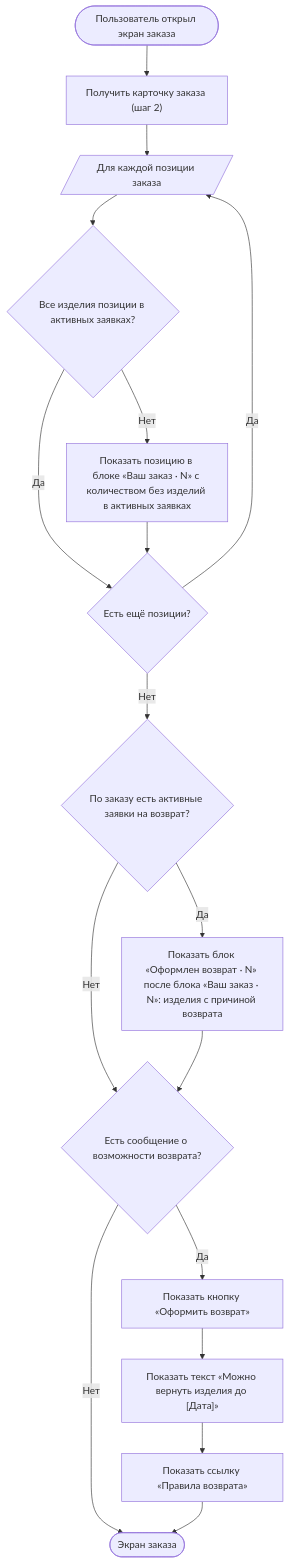
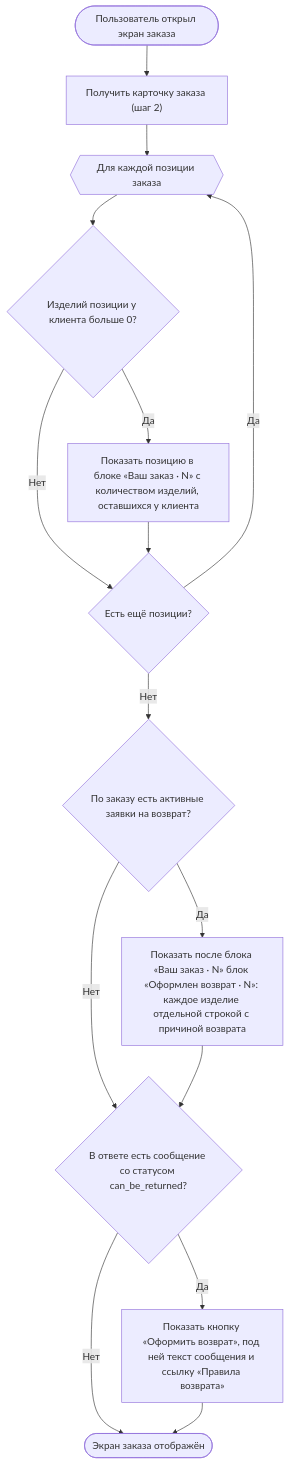
The second of 24 diagrams in projects/returns-2.0/requirements/srs/srs-mobile-mvp.md (Terinss155/opencode-agents-analysis), drawn with Mermaid before and after one commit. The commit also changed other lines of this file and 12 other files, not shown here.

````diff
--- a/projects/returns-2.0/requirements/srs/srs-mobile-mvp.md
+++ b/projects/returns-2.0/requirements/srs/srs-mobile-mvp.md
@@ -127,19 +136,17 @@
 ```mermaid
 flowchart TD
     S([Пользователь открыл экран заказа]) --> A["Получить карточку заказа (шаг 2)"]
-    A --> P[/"Для каждой позиции заказа"/]
-    P --> B{"Все изделия позиции в активных заявках?"}
-    B -->|Нет| C["Показать позицию в блоке «Ваш заказ · N» с количеством без изделий в активных заявках"]
-    B -->|Да| N
+    A --> P{{"Для каждой позиции заказа"}}
+    P --> B{"Изделий позиции у клиента больше 0?"}
+    B -->|Да| C["Показать позицию в блоке «Ваш заказ · N» с количеством изделий, оставшихся у клиента"]
+    B -->|Нет| N
     C --> N{"Есть ещё позиции?"}
     N -->|Да| P
     N -->|Нет| O{"По заказу есть активные заявки на возврат?"}
-    O -->|Да| O1["Показать блок «Оформлен возврат · N» после блока «Ваш заказ · N»: изделия с причиной возврата"]
+    O -->|Да| O1["Показать после блока «Ваш заказ · N» блок «Оформлен возврат · N»: каждое изделие отдельной строкой с причиной возврата"]
     O -->|Нет| K
-    O1 --> K{"Есть сообщение о возможности возврата?"}
-    K -->|Да| Y["Показать кнопку «Оформить возврат»"]
+    O1 --> K{"В ответе есть сообщение со статусом can_be_returned?"}
+    K -->|Да| Y["Показать кнопку «Оформить возврат», под ней текст сообщения и ссылку «Правила возврата»"]
     K -->|Нет| Z
-    Y --> Y1["Показать текст «Можно вернуть изделия до [Дата]»"]
-    Y1 --> Y2["Показать ссылку «Правила возврата»"]
-    Y2 --> Z([Экран заказа])
+    Y --> Z([Экран заказа отображён])
 ```
````
